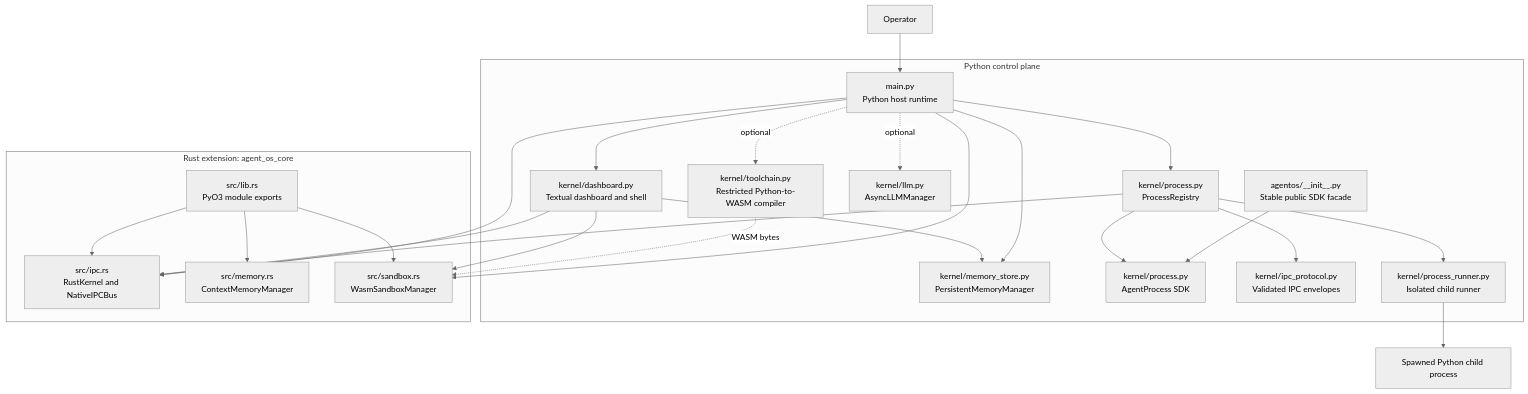
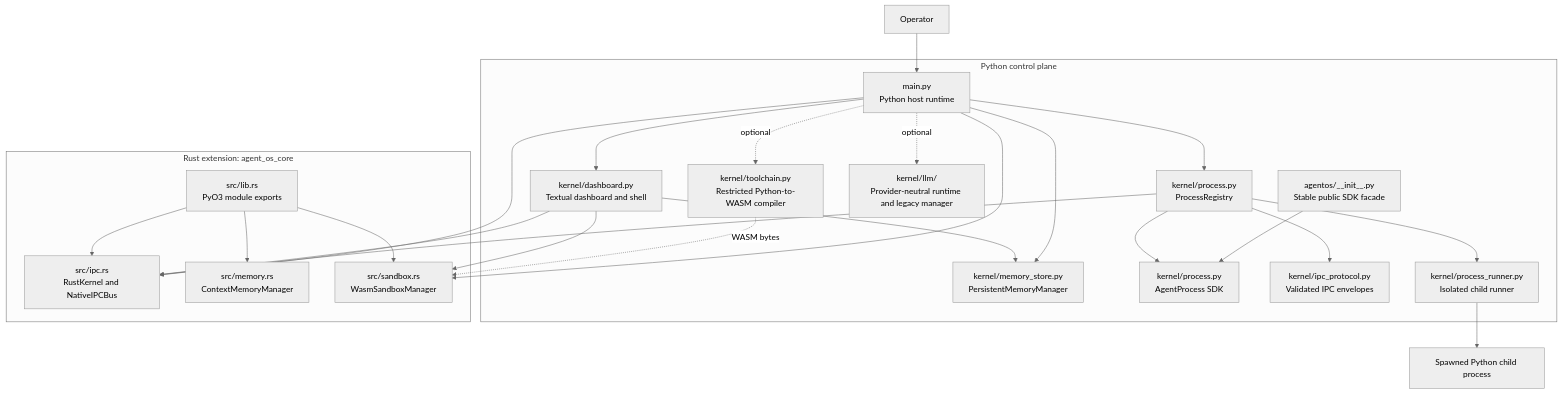
Before and after one commit to ElarizT/AgentOS: the first of 13 diagrams in docs/architecture.md, drawn with Mermaid (neutral theme). The commit also changed other lines of this file and 7 other files, not shown here.

````diff
--- a/docs/architecture.md
+++ b/docs/architecture.md
@@ -15,35 +15,35 @@
 ```mermaid
 flowchart TD
     OP["Operator"] --> APP["main.py<br/>Python host runtime"]
 
     subgraph Python["Python control plane"]
         APP --> DASH["kernel/dashboard.py<br/>Textual dashboard and shell"]
         APP --> REG["kernel/process.py<br/>ProcessRegistry"]
         APP --> PMEM["kernel/memory_store.py<br/>PersistentMemoryManager"]
         SDK["agentos/__init__.py<br/>Stable public SDK facade"] --> ASDK["kernel/process.py<br/>AgentProcess SDK"]
         REG --> ASDK
         REG --> PROTO["kernel/ipc_protocol.py<br/>Validated IPC envelopes"]
         REG --> RUNNER["kernel/process_runner.py<br/>Isolated child runner"]
-        APP -. optional .-> LLM["kernel/llm.py<br/>AsyncLLMManager"]
+        APP -. optional .-> LLM["kernel/llm/<br/>Provider-neutral runtime and legacy manager"]
         APP -. optional .-> TOOL["kernel/toolchain.py<br/>Restricted Python-to-WASM compiler"]
     end
 
     subgraph Rust["Rust extension: agent_os_core"]
         LIB["src/lib.rs<br/>PyO3 module exports"]
         IPC["src/ipc.rs<br/>RustKernel and NativeIPCBus"]
         RMEM["src/memory.rs<br/>ContextMemoryManager"]
         WASM["src/sandbox.rs<br/>WasmSandboxManager"]
         LIB --> IPC
         LIB --> RMEM
         LIB --> WASM
     end
 
     APP --> IPC
     APP --> WASM
     TOOL -. WASM bytes .-> WASM
     REG --> IPC
     DASH --> IPC
     DASH --> PMEM
     DASH --> WASM
     RUNNER --> CHILD["Spawned Python child process"]
 ```
````
